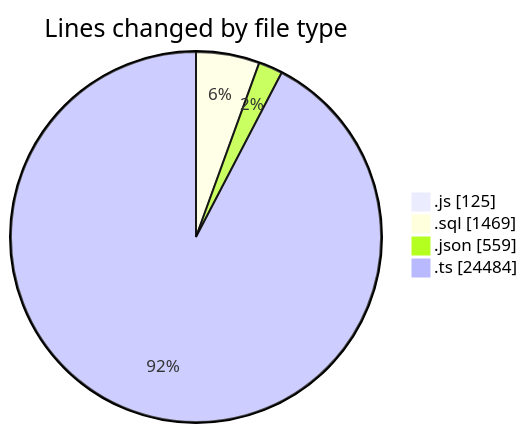
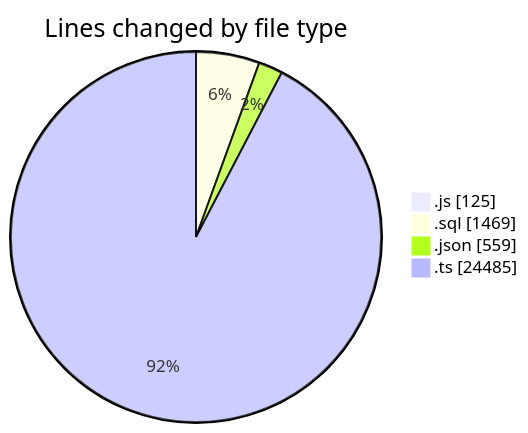
Before and after one commit to momahboobian/code-tracking: the first of 2 diagrams in 2026-05-20/cda/README.md, drawn with Mermaid. The commit also changed other lines of this file and 1 other file, not shown here.

````diff
--- a/2026-05-20/cda/README.md
+++ b/2026-05-20/cda/README.md
@@ -36,8 +37,8 @@
 ```mermaid
 pie showData
 title Lines changed by file type
 ".js" : 125
 ".sql" : 1469
 ".json" : 559
-".ts" : 24484
+".ts" : 24485
 ```
````
